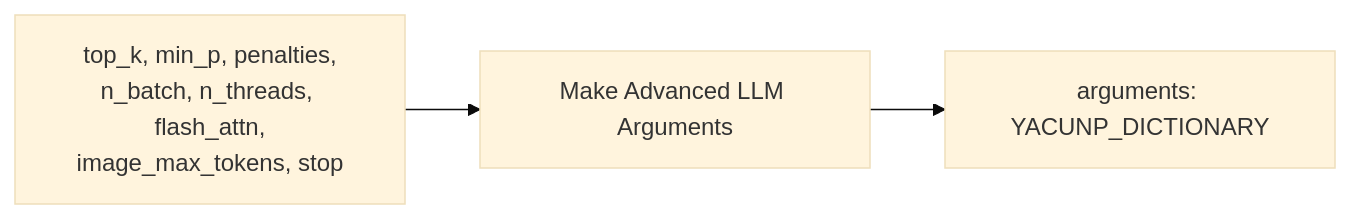
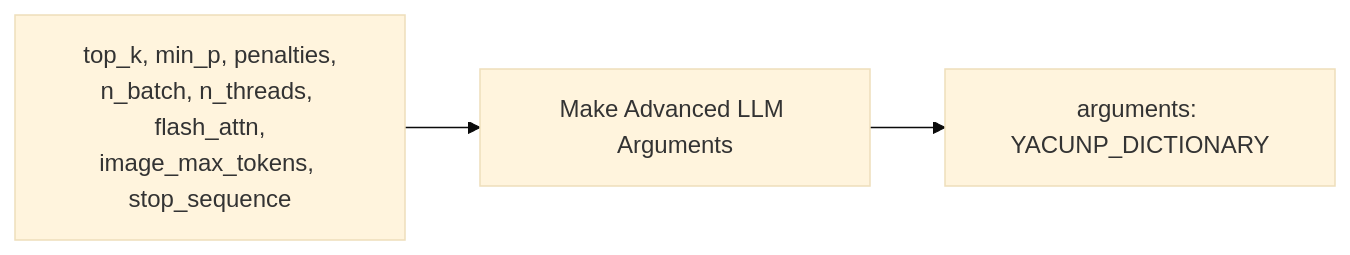
One commit to xiuuu4499/yacunp changed diagram 13 of 18 in NODE_LIST.md. Above: the diagram before and after it, drawn with Mermaid (base theme). The commit also changed other lines of this file and 41 other files, not shown here.

````diff
--- a/NODE_LIST.md
+++ b/NODE_LIST.md
@@ -344,5 +342,5 @@
 ```mermaid
 flowchart LR
-  A["top_k, min_p, penalties,<br/>n_batch, n_threads, flash_attn,<br/>image_max_tokens, stop"] --> M[Make Advanced LLM Arguments]
+  A["top_k, min_p, penalties,<br/>n_batch, n_threads, flash_attn,<br/>image_max_tokens, stop_sequence"] --> M[Make Advanced LLM Arguments]
   M --> D[arguments: YACUNP_DICTIONARY]
 ```
````
